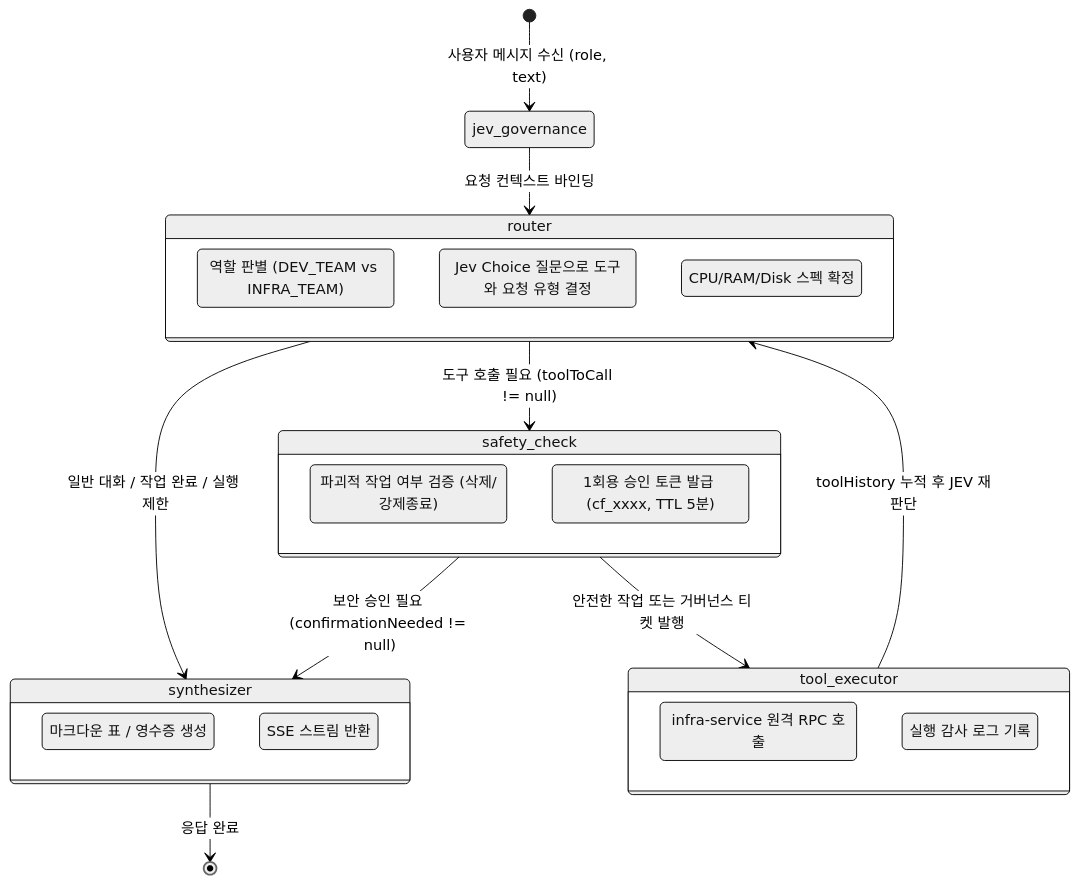
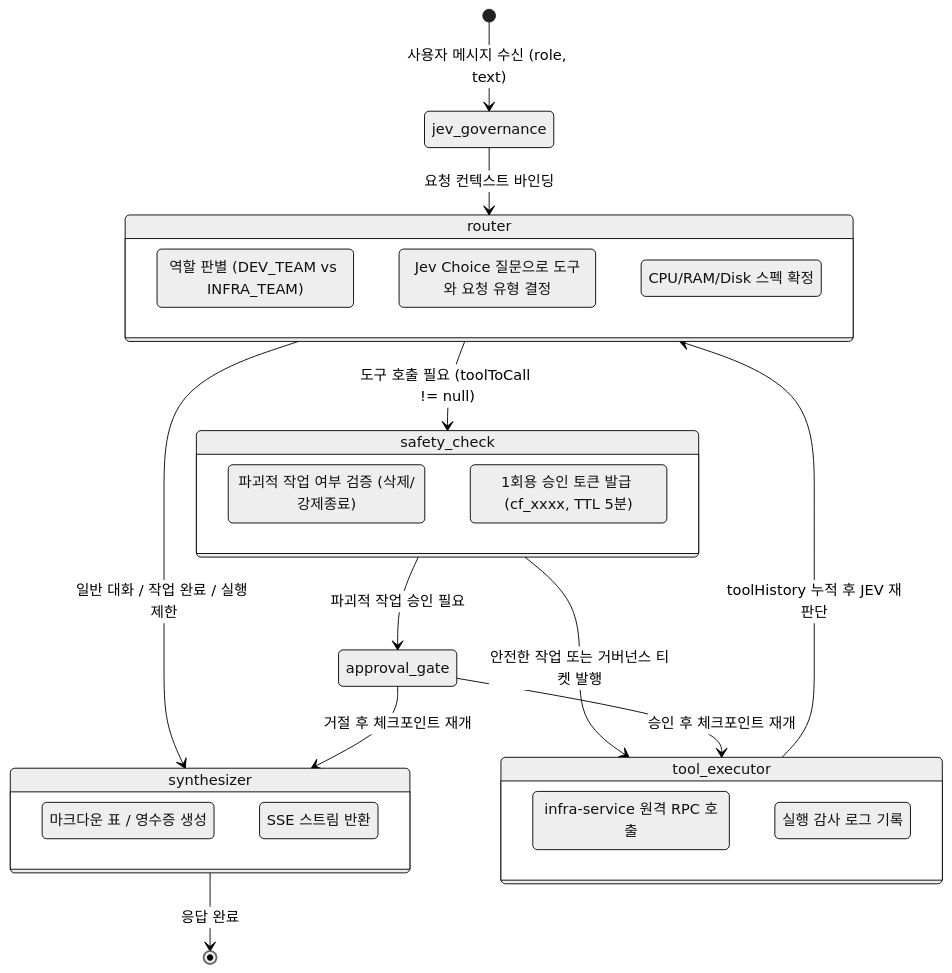
One commit to sjungwon03/jev-langgraph-example changed the fourth of 4 diagrams in docs/ARCHITECTURE.md. Above: the diagram before and after it, drawn with Mermaid (neutral theme). The commit also changed other lines of this file and 8 other files, not shown here.

````diff
--- a/docs/ARCHITECTURE.md
+++ b/docs/ARCHITECTURE.md
@@ -171,40 +171,43 @@
 ```mermaid
 stateDiagram-v2
     [*] --> jev_governance: 사용자 메시지 수신 (role, text)
     jev_governance --> router: 요청 컨텍스트 바인딩
     
     state router {
         direction TB
         RoleCheck: 역할 판별 (DEV_TEAM vs INFRA_TEAM)
         JevChoice: Jev Choice 질문으로 도구와 요청 유형 결정
         SpecExtract: CPU/RAM/Disk 스펙 확정
     }
 
     router --> safety_check: 도구 호출 필요 (toolToCall != null)
     router --> synthesizer: 일반 대화 / 작업 완료 / 실행 제한
 
     state safety_check {
         direction TB
         IsDestructive: 파괴적 작업 여부 검증 (삭제/강제종료)
         IssueToken: 1회용 승인 토큰 발급 (cf_xxxx, TTL 5분)
     }
 
-    safety_check --> synthesizer: 보안 승인 필요 (confirmationNeeded != null)
+    safety_check --> approval_gate: 파괴적 작업 승인 필요
     safety_check --> tool_executor: 안전한 작업 또는 거버넌스 티켓 발행
+
+    approval_gate --> tool_executor: 승인 후 체크포인트 재개
+    approval_gate --> synthesizer: 거절 후 체크포인트 재개
 
     state tool_executor {
         direction TB
         RemoteRPC: infra-service 원격 RPC 호출
         AuditRecord: 실행 감사 로그 기록
     }
 
     tool_executor --> router: toolHistory 누적 후 JEV 재판단
 
     state synthesizer {
         direction TB
         FormatReceipt: 마크다운 표 / 영수증 생성
         StreamResponse: SSE 스트림 반환
     }
 
     synthesizer --> [*]: 응답 완료
 ```
````
